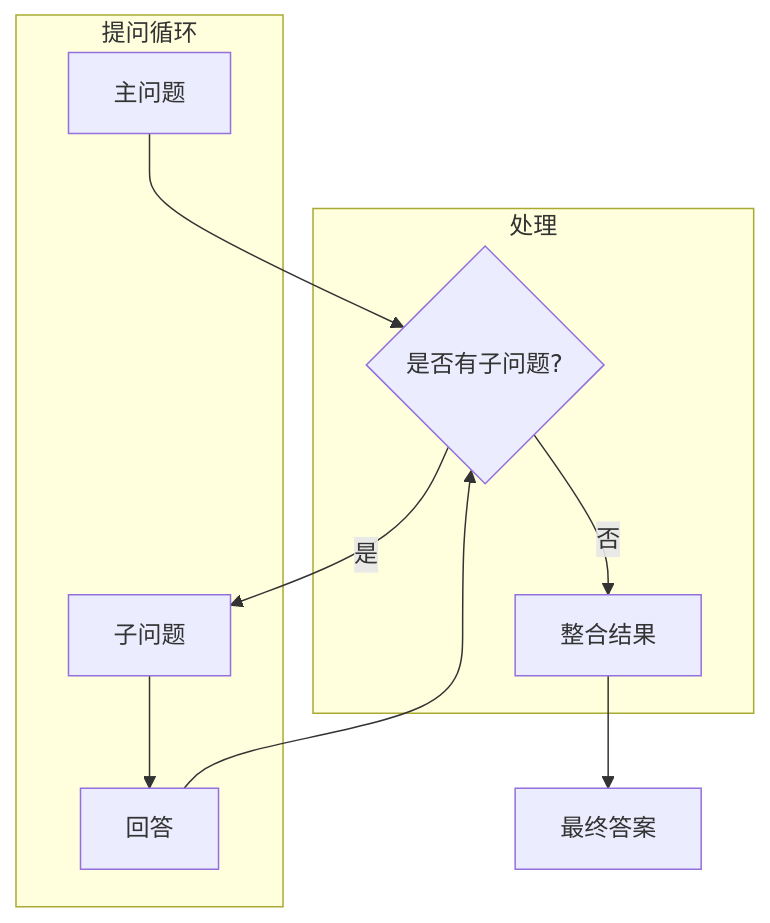
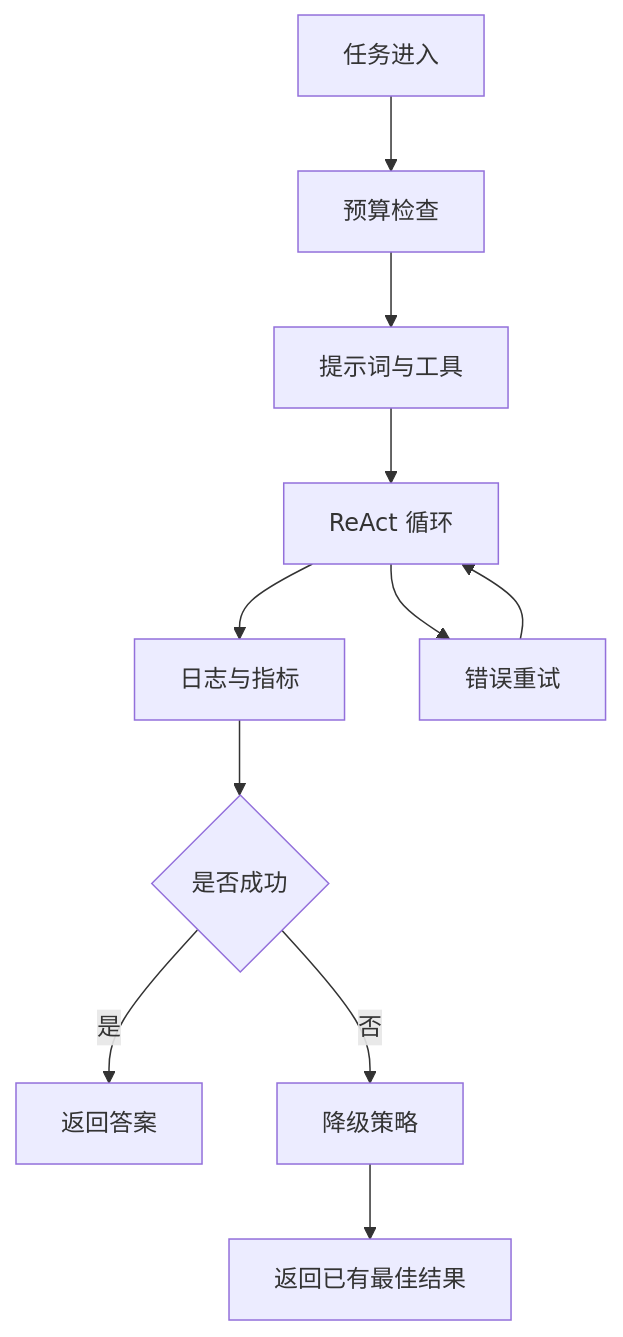
Before and after one commit to Shyu-x/frontend-interview: the seventh of 7 diagrams in docs/agent/reasoning/react-pattern.md, drawn with Mermaid. The commit also changed other lines of this file and 58 other files, not shown here.

````diff
--- a/docs/agent/reasoning/react-pattern.md
+++ b/docs/agent/reasoning/react-pattern.md
@@ -784,20 +1180,13 @@
 ```mermaid
 flowchart TB
-    subgraph Ask["提问循环"]
-        Q1["主问题"]
-        SQ["子问题"]
-        A1["回答"]
-    end
-    
-    subgraph Process["处理"]
-        D{"是否有子问题?"}
-        R["整合结果"]
-    end
-    
-    Q1 --> D
-    D -->|是| SQ
-    SQ --> A1
-    A1 --> D
-    D -->|否| R
-    R --> F["最终答案"]
+    A["任务进入"] --> B["预算检查"]
+    B --> C["提示词与工具"]
+    C --> D["ReAct 循环"]
+    D --> E["日志与指标"]
+    E --> F{"是否成功"}
+    F -->|"是"| G["返回答案"]
+    F -->|"否"| H["降级策略"]
+    H --> I["返回已有最佳结果"]
+    D --> J["错误重试"]
+    J --> D
 ```
````
